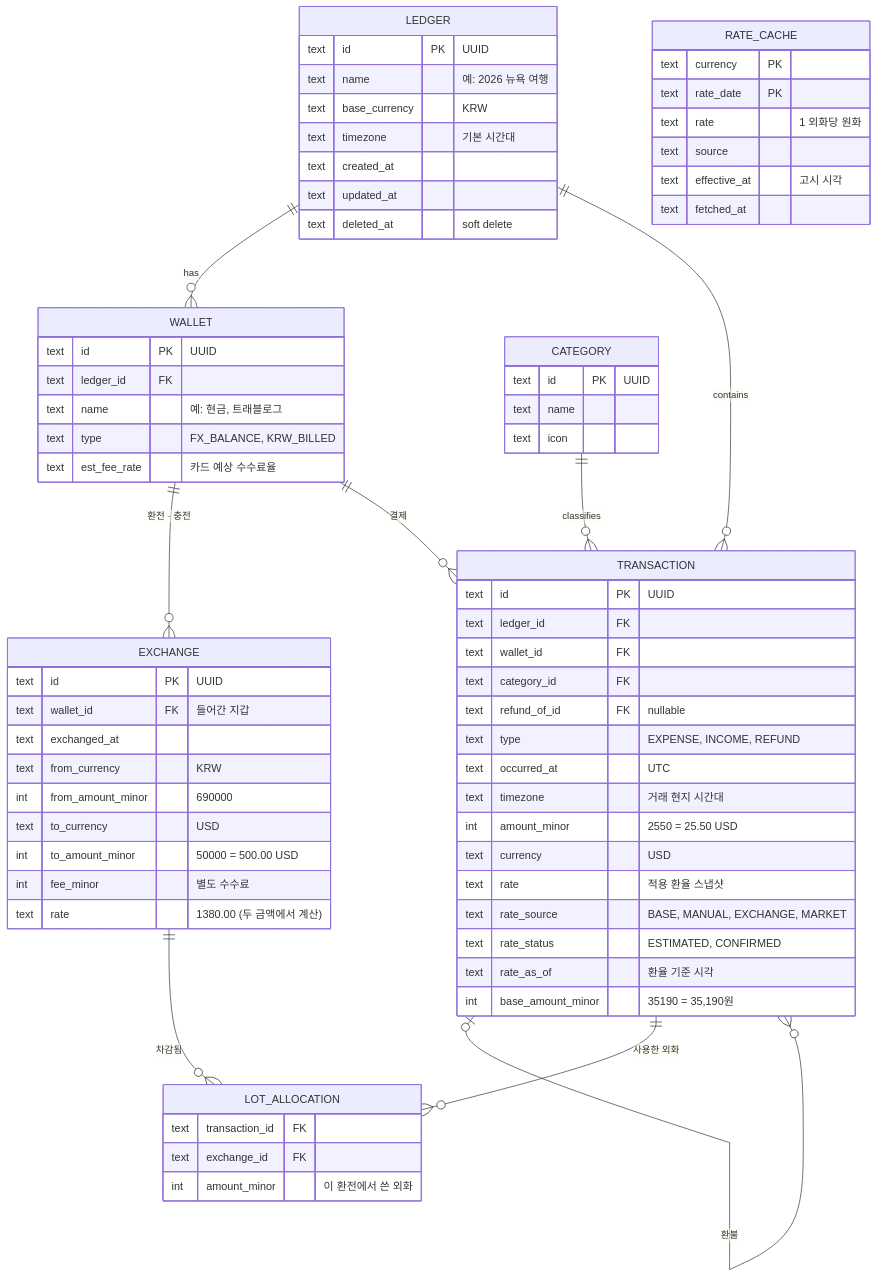
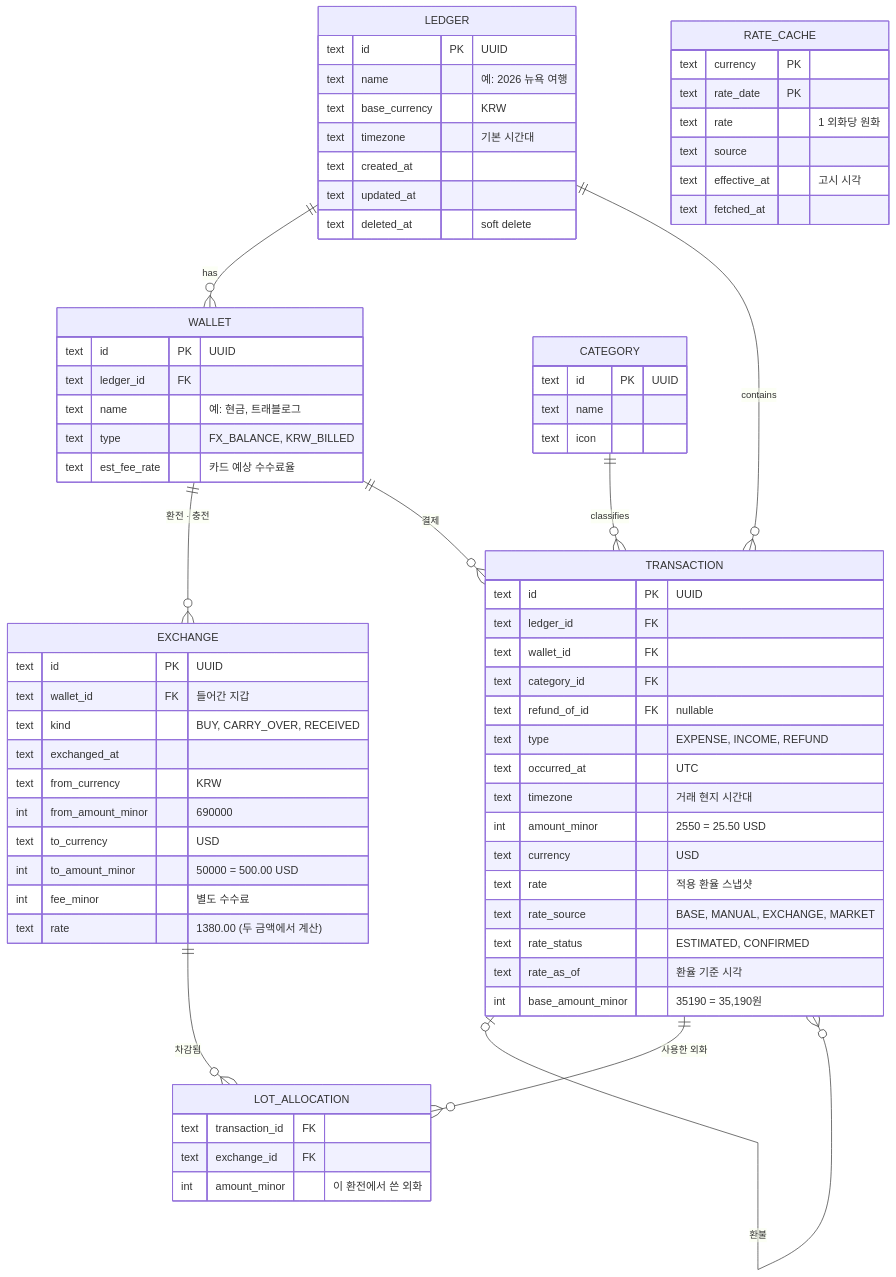
Before and after one commit to Xeoyeon/tradger: the fifth of 5 diagrams in docs/01-architecture.md, drawn with Mermaid. The commit also changed other lines of this file and 1 other file, not shown here.

````diff
--- a/docs/01-architecture.md
+++ b/docs/01-architecture.md
@@ -230,74 +230,75 @@
 ```mermaid
 erDiagram
   LEDGER ||--o{ WALLET : has
   LEDGER ||--o{ TRANSACTION : contains
   WALLET ||--o{ EXCHANGE : "환전 · 충전"
   WALLET ||--o{ TRANSACTION : "결제"
   CATEGORY ||--o{ TRANSACTION : classifies
   TRANSACTION |o--o{ TRANSACTION : "환불"
   TRANSACTION ||--o{ LOT_ALLOCATION : "사용한 외화"
   EXCHANGE ||--o{ LOT_ALLOCATION : "차감됨"
 
   LEDGER {
     text id PK "UUID"
     text name "예: 2026 뉴욕 여행"
     text base_currency "KRW"
     text timezone "기본 시간대"
     text created_at
     text updated_at
     text deleted_at "soft delete"
   }
   WALLET {
     text id PK "UUID"
     text ledger_id FK
     text name "예: 현금, 트래블로그"
     text type "FX_BALANCE, KRW_BILLED"
     text est_fee_rate "카드 예상 수수료율"
   }
   EXCHANGE {
     text id PK "UUID"
     text wallet_id FK "들어간 지갑"
+    text kind "BUY, CARRY_OVER, RECEIVED"
     text exchanged_at
     text from_currency "KRW"
     int from_amount_minor "690000"
     text to_currency "USD"
     int to_amount_minor "50000 = 500.00 USD"
     int fee_minor "별도 수수료"
     text rate "1380.00 (두 금액에서 계산)"
   }
   TRANSACTION {
     text id PK "UUID"
     text ledger_id FK
     text wallet_id FK
     text category_id FK
     text refund_of_id FK "nullable"
     text type "EXPENSE, INCOME, REFUND"
     text occurred_at "UTC"
     text timezone "거래 현지 시간대"
     int amount_minor "2550 = 25.50 USD"
     text currency "USD"
     text rate "적용 환율 스냅샷"
     text rate_source "BASE, MANUAL, EXCHANGE, MARKET"
     text rate_status "ESTIMATED, CONFIRMED"
     text rate_as_of "환율 기준 시각"
     int base_amount_minor "35190 = 35,190원"
   }
   CATEGORY {
     text id PK "UUID"
     text name
     text icon
   }
   LOT_ALLOCATION {
     text transaction_id FK
     text exchange_id FK
     int amount_minor "이 환전에서 쓴 외화"
   }
   RATE_CACHE {
     text currency PK
     text rate_date PK
     text rate "1 외화당 원화"
     text source
     text effective_at "고시 시각"
     text fetched_at
   }
 ```
````
